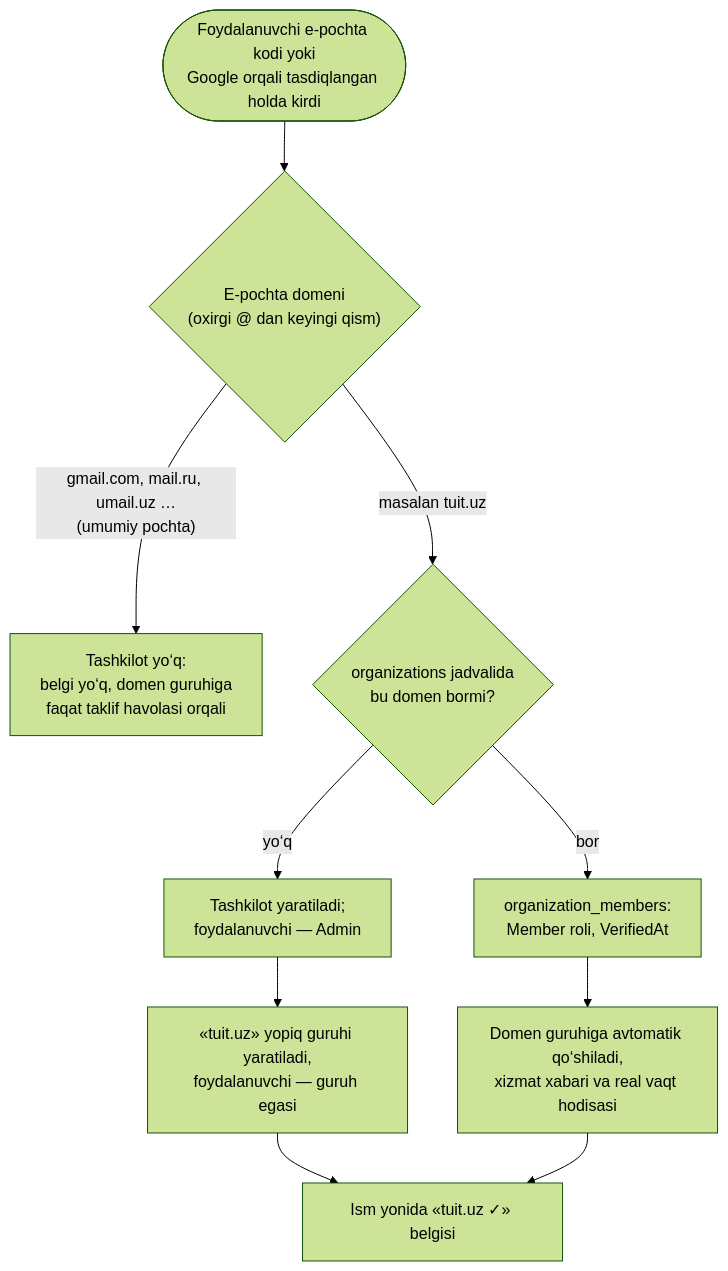
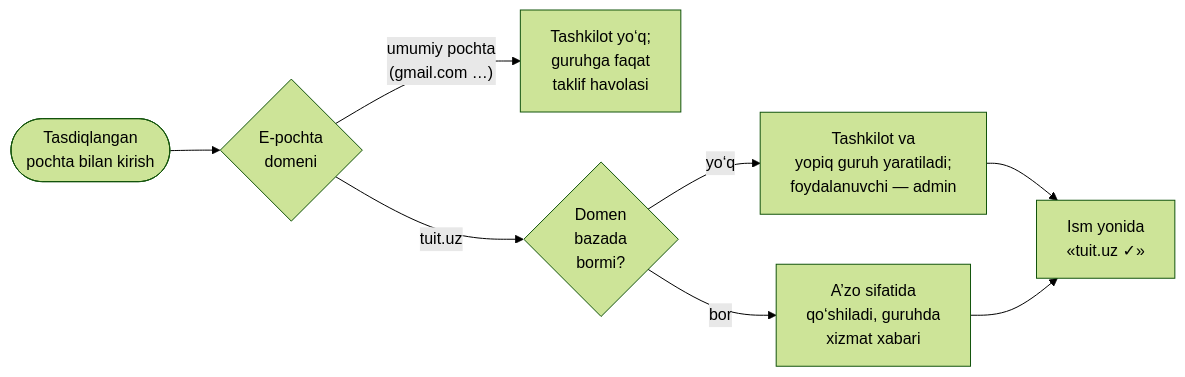
Before and after one commit to SardorSohinazarov/diplom-ish: the diagram in diplom/generator/diagrams/2-14-organization-join.mmd, drawn with Mermaid (forest theme). The commit also changed 86 other files, not shown here.

```diff
--- a/diplom/generator/diagrams/2-14-organization-join.mmd
+++ b/diplom/generator/diagrams/2-14-organization-join.mmd
@@ -1,10 +1,8 @@
-flowchart TB
-  S(["Foydalanuvchi e-pochta kodi yoki<br/>Google orqali tasdiqlangan holda kirdi"]) --> D{"E-pochta domeni<br/>(oxirgi @ dan keyingi qism)"}
-  D -- "gmail.com, mail.ru, umail.uz …<br/>(umumiy pochta)" --> N["Tashkilot yo‘q:<br/>belgi yo‘q, domen guruhiga<br/>faqat taklif havolasi orqali"]
-  D -- "masalan tuit.uz" --> O{"organizations jadvalida<br/>bu domen bormi?"}
-  O -- "yo‘q" --> C["Tashkilot yaratiladi;<br/>foydalanuvchi — Admin"]
-  C --> G["«tuit.uz» yopiq guruhi yaratiladi,<br/>foydalanuvchi — guruh egasi"]
-  O -- "bor" --> M["organization_members:<br/>Member roli, VerifiedAt"]
-  M --> J["Domen guruhiga avtomatik qo‘shiladi,<br/>xizmat xabari va real vaqt hodisasi"]
-  G --> B["Ism yonida «tuit.uz ✓» belgisi"]
-  J --> B
+flowchart LR
+  S(["Tasdiqlangan<br/>pochta bilan kirish"]) --> D{"E-pochta<br/>domeni"}
+  D -- "umumiy pochta<br/>(gmail.com …)" --> N["Tashkilot yo‘q;<br/>guruhga faqat<br/>taklif havolasi"]
+  D -- "tuit.uz" --> O{"Domen<br/>bazada<br/>bormi?"}
+  O -- "yo‘q" --> C["Tashkilot va<br/>yopiq guruh yaratiladi;<br/>foydalanuvchi — admin"]
+  O -- "bor" --> M["A’zo sifatida<br/>qo‘shiladi, guruhda<br/>xizmat xabari"]
+  C --> B["Ism yonida<br/>«tuit.uz ✓»"]
+  M --> B
```
